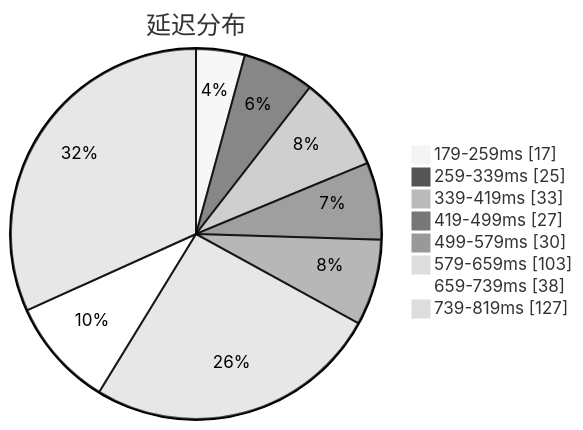
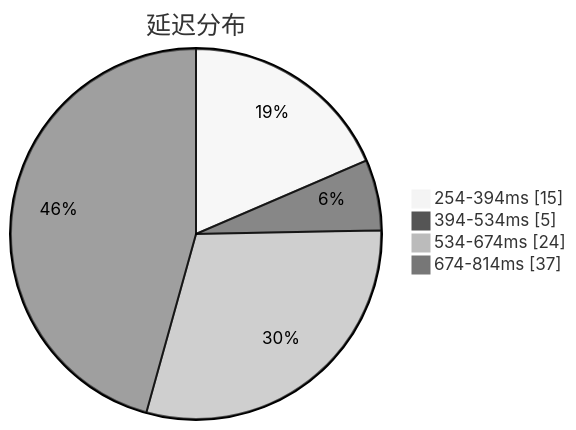
The first of 3 diagrams in subs/statistics/tested_within.md (qjlxg/airport), drawn with Mermaid (neutral theme) before and after one commit. The commit also changed other lines of this file and 2 other files, not shown here.

````diff
--- a/subs/statistics/tested_within.md
+++ b/subs/statistics/tested_within.md
@@ -2,12 +2,8 @@
 ```mermaid
 pie showData
 title 延迟分布
-"179-259ms" : 17
-"259-339ms" : 25
-"339-419ms" : 33
-"419-499ms" : 27
-"499-579ms" : 30
-"579-659ms" : 103
-"659-739ms" : 38
-"739-819ms" : 127
+"254-394ms" : 15
+"394-534ms" : 5
+"534-674ms" : 24
+"674-814ms" : 37
 ```
````
